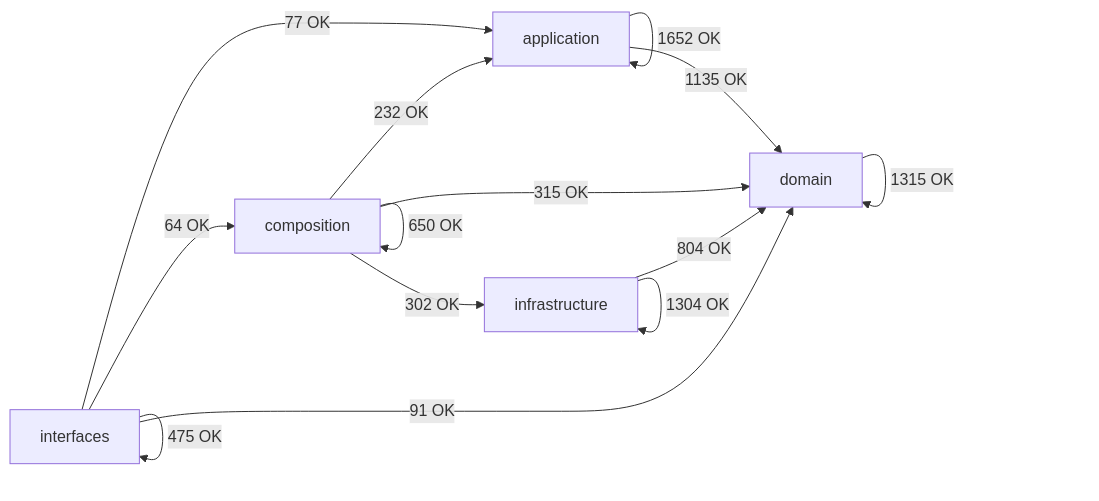
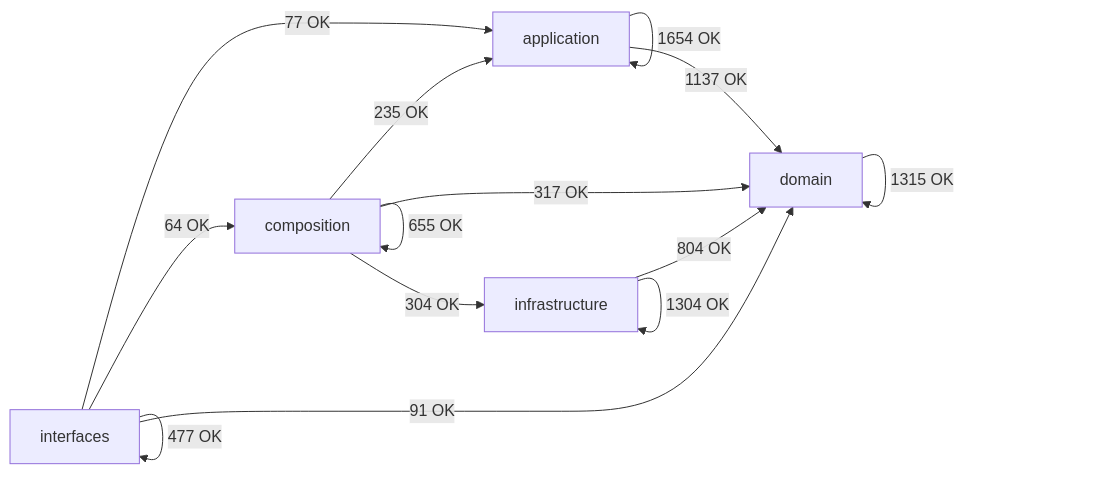
Before and after one commit to SatoryKono/BioactivityDataAcquisition: the diagram in docs/02-architecture/generated/module-dependency-map.md, drawn with Mermaid. The commit also changed other lines of this file and 16 other files, not shown here.

````diff
--- a/docs/02-architecture/generated/module-dependency-map.md
+++ b/docs/02-architecture/generated/module-dependency-map.md
@@ -17,21 +17,21 @@
 ```mermaid
 flowchart LR
     domain[domain]
     application[application]
     infrastructure[infrastructure]
     composition[composition]
     interfaces[interfaces]
-    application -->|1652 OK| application
-    application -->|1135 OK| domain
-    composition -->|232 OK| application
-    composition -->|650 OK| composition
-    composition -->|315 OK| domain
-    composition -->|302 OK| infrastructure
+    application -->|1654 OK| application
+    application -->|1137 OK| domain
+    composition -->|235 OK| application
+    composition -->|655 OK| composition
+    composition -->|317 OK| domain
+    composition -->|304 OK| infrastructure
     domain -->|1315 OK| domain
     infrastructure -->|804 OK| domain
     infrastructure -->|1304 OK| infrastructure
     interfaces -->|77 OK| application
     interfaces -->|64 OK| composition
     interfaces -->|91 OK| domain
-    interfaces -->|475 OK| interfaces
+    interfaces -->|477 OK| interfaces
 ```
````
